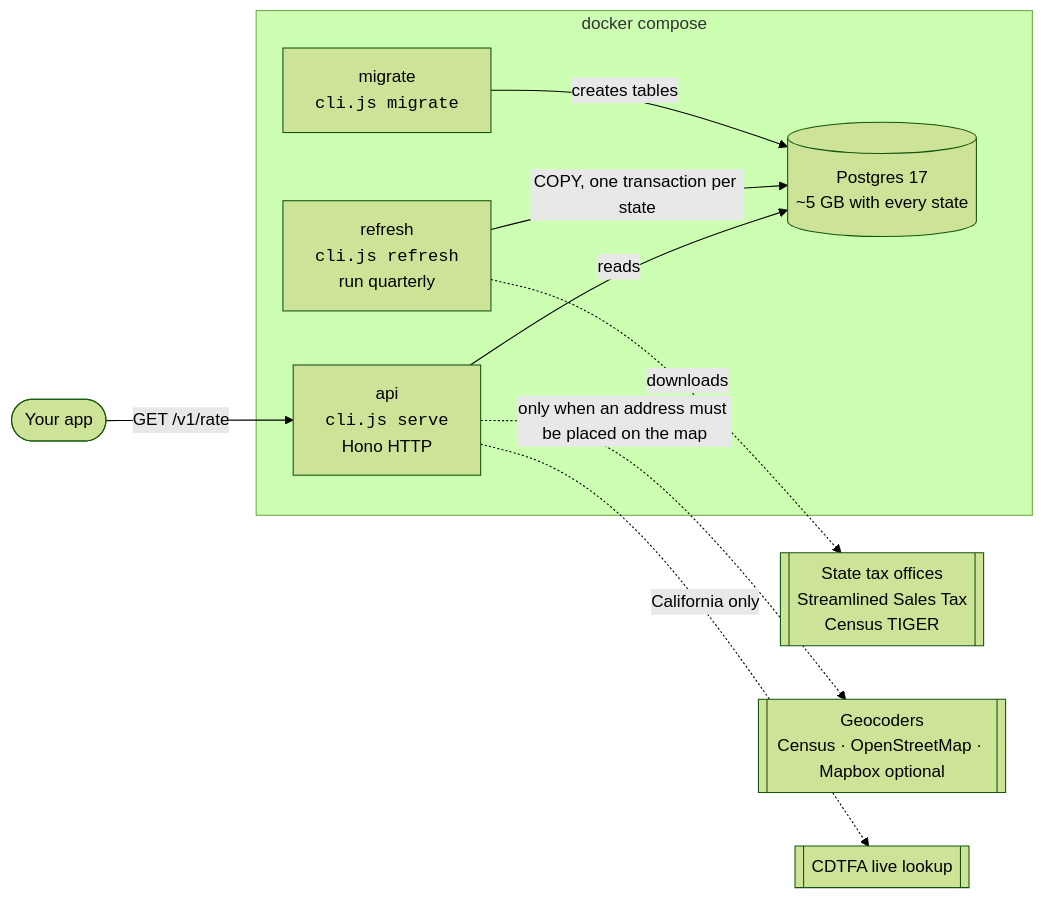
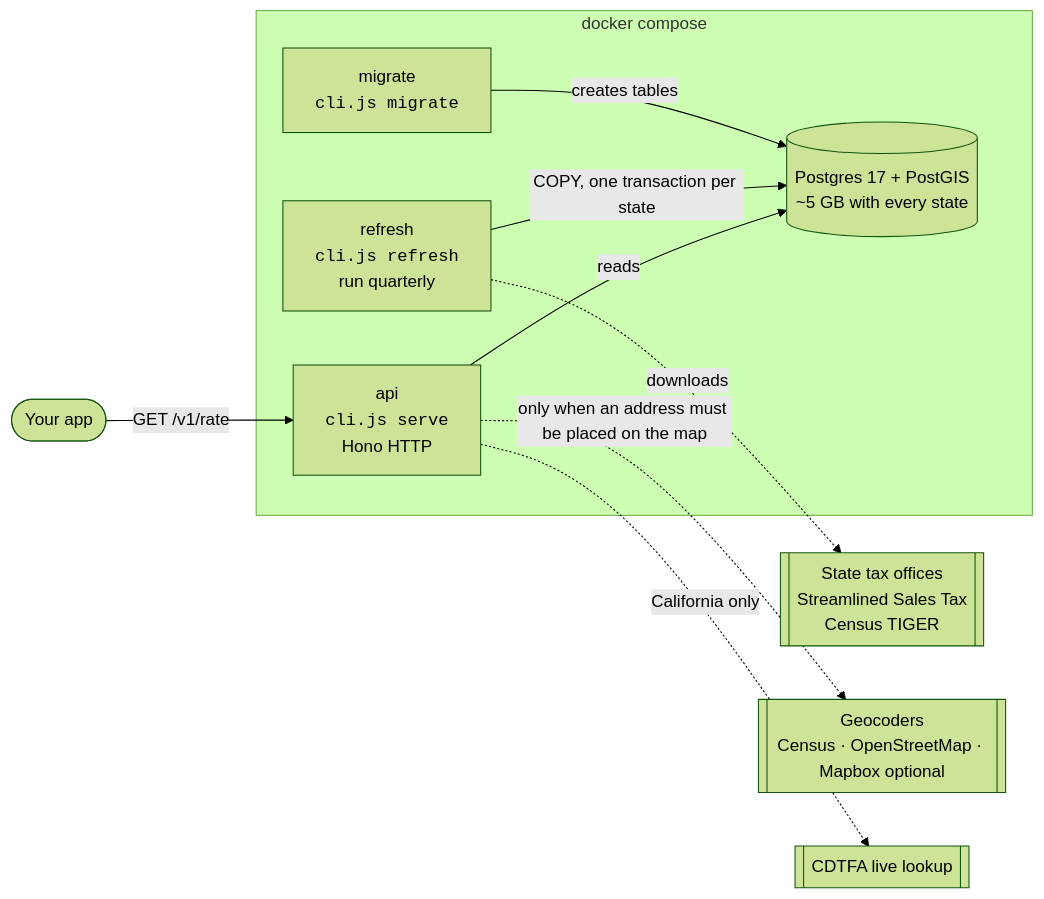
Before and after one commit to equated-org/opentaxrate: the first of 3 diagrams in docs/architecture.md, drawn with Mermaid (forest theme). The commit also changed other lines of this file and 27 other files, not shown here.

Commit message:
feat: use PostGIS boundaries and refine state tax rules

````diff
--- a/docs/architecture.md
+++ b/docs/architecture.md
@@ -7,19 +7,19 @@
 ```mermaid
 flowchart LR
   client([Your app]) -->|GET /v1/rate| api
 
   subgraph compose[docker compose]
     api[api<br/><code>cli.js serve</code><br/>Hono HTTP]
     refresh[refresh<br/><code>cli.js refresh</code><br/>run quarterly]
     migrate[migrate<br/><code>cli.js migrate</code>]
-    db[(Postgres 17<br/>~5 GB with every state)]
+    db[(Postgres 17 + PostGIS<br/>~5 GB with every state)]
   end
 
   api -->|reads| db
   refresh -->|COPY, one transaction per state| db
   migrate -->|creates tables| db
 
   refresh -. downloads .-> sources[[State tax offices<br/>Streamlined Sales Tax<br/>Census TIGER]]
   api -. only when an address must be placed on the map .-> geo[[Geocoders<br/>Census · OpenStreetMap · Mapbox optional]]
   api -. California only .-> cdtfa[[CDTFA live lookup]]
 ```
````
